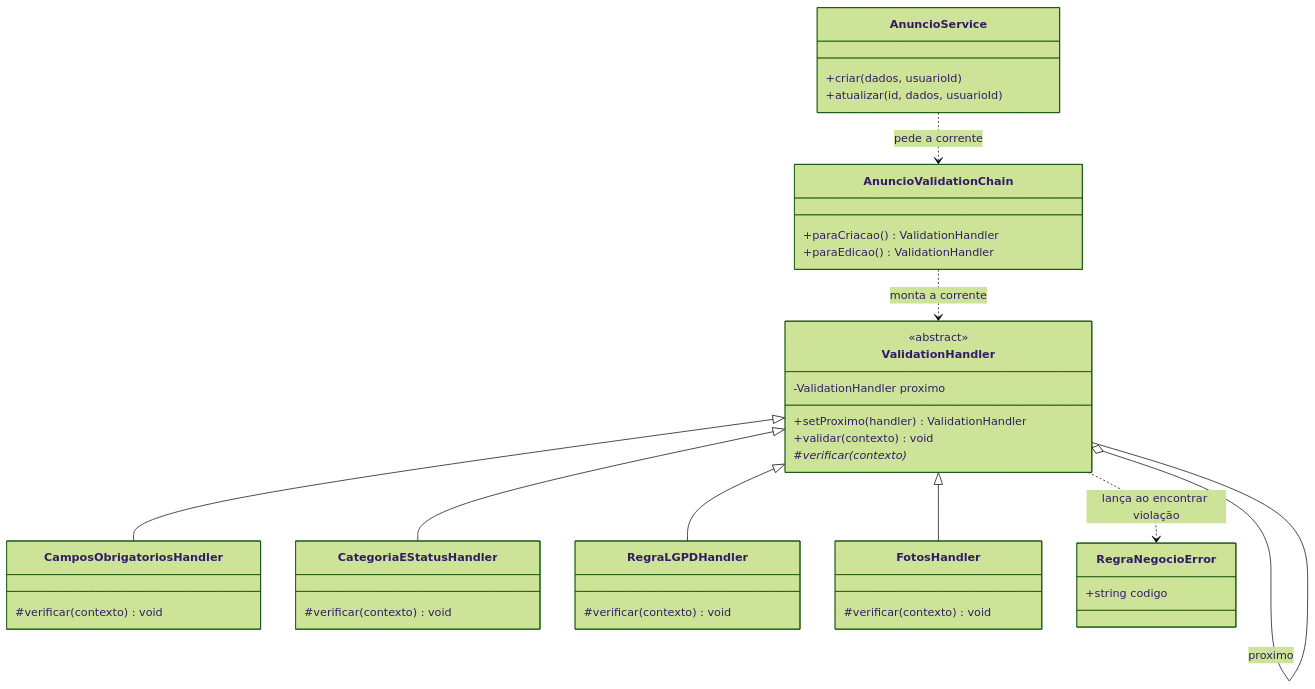
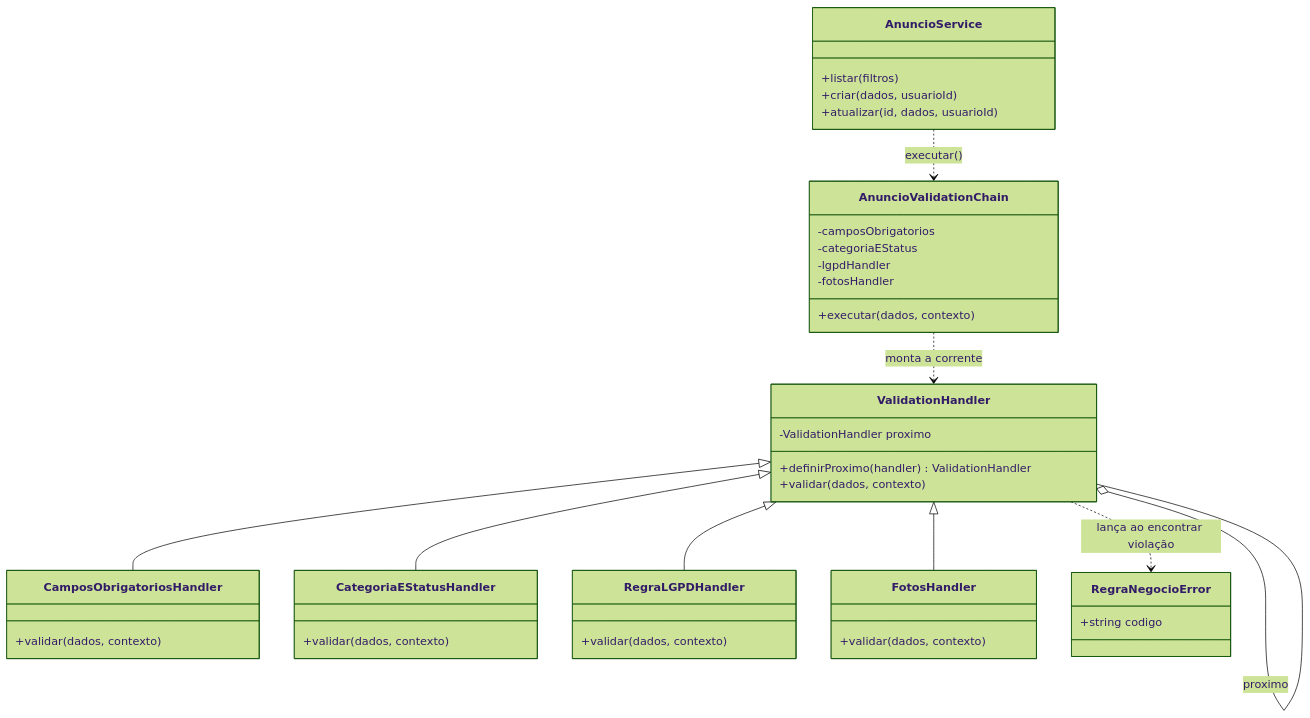
One commit to Matheus-Castro-Paula/Radar-UFLA changed the first of 2 diagrams in docs/padroes/padroes-de-projeto.md. Above: the diagram before and after it, drawn with Mermaid (forest theme). The commit also changed other lines of this file and 4 other files, not shown here.

````diff
--- a/docs/padroes/padroes-de-projeto.md
+++ b/docs/padroes/padroes-de-projeto.md
@@ -108,42 +108,44 @@
 ```mermaid
 classDiagram
     class ValidationHandler {
-        <<abstract>>
         -ValidationHandler proximo
-        +setProximo(handler) ValidationHandler
-        +validar(contexto) void
-        #verificar(contexto)*
+        +definirProximo(handler) ValidationHandler
+        +validar(dados, contexto)
     }
     class CamposObrigatoriosHandler {
-        #verificar(contexto) void
+        +validar(dados, contexto)
     }
     class CategoriaEStatusHandler {
-        #verificar(contexto) void
+        +validar(dados, contexto)
     }
     class RegraLGPDHandler {
-        #verificar(contexto) void
+        +validar(dados, contexto)
     }
     class FotosHandler {
-        #verificar(contexto) void
+        +validar(dados, contexto)
     }
     class AnuncioValidationChain {
-        +paraCriacao() ValidationHandler
-        +paraEdicao() ValidationHandler
+        -camposObrigatorios
+        -categoriaEStatus
+        -lgpdHandler
+        -fotosHandler
+        +executar(dados, contexto)
     }
     class AnuncioService {
+        +listar(filtros)
         +criar(dados, usuarioId)
         +atualizar(id, dados, usuarioId)
     }
     class RegraNegocioError {
         +string codigo
     }
 
     ValidationHandler <|-- CamposObrigatoriosHandler
     ValidationHandler <|-- CategoriaEStatusHandler
     ValidationHandler <|-- RegraLGPDHandler
     ValidationHandler <|-- FotosHandler
     ValidationHandler o-- ValidationHandler : proximo
     AnuncioValidationChain ..> ValidationHandler : monta a corrente
-    AnuncioService ..> AnuncioValidationChain : pede a corrente
+    AnuncioService ..> AnuncioValidationChain : executar()
     ValidationHandler ..> RegraNegocioError : lança ao encontrar violação
 ```
````
